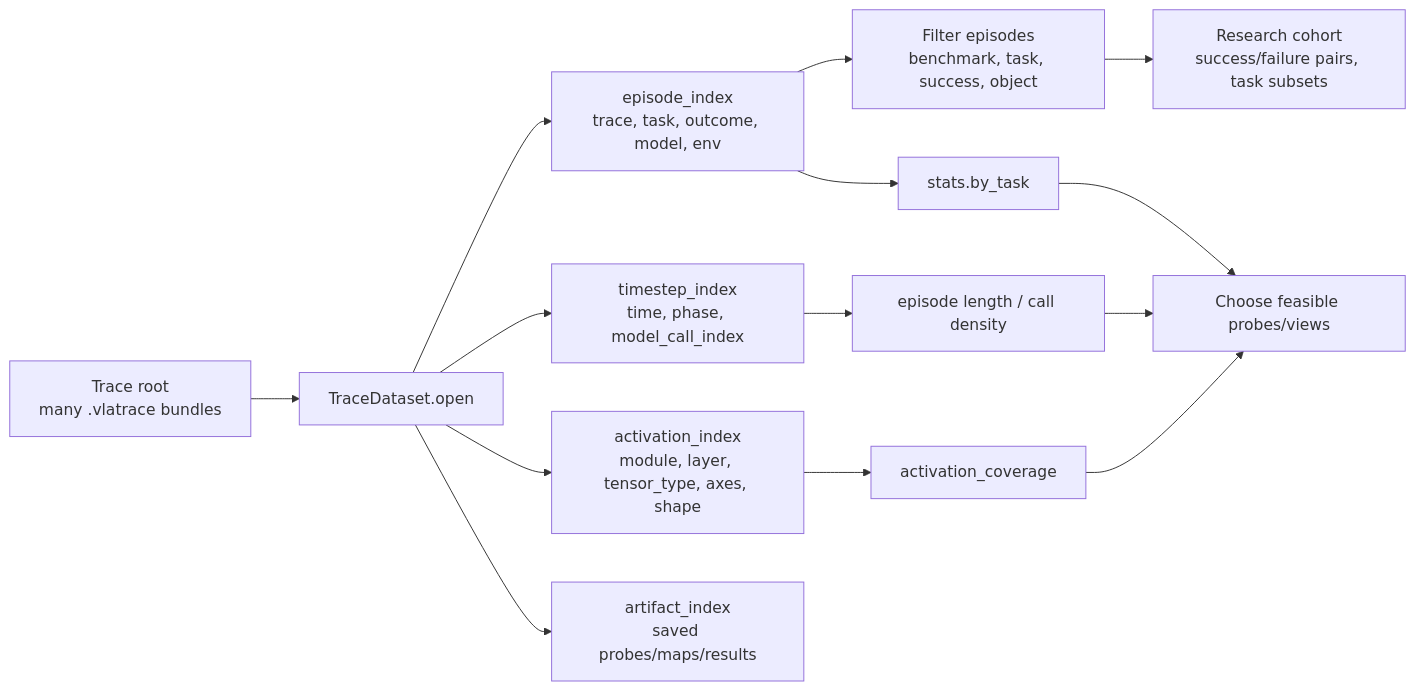
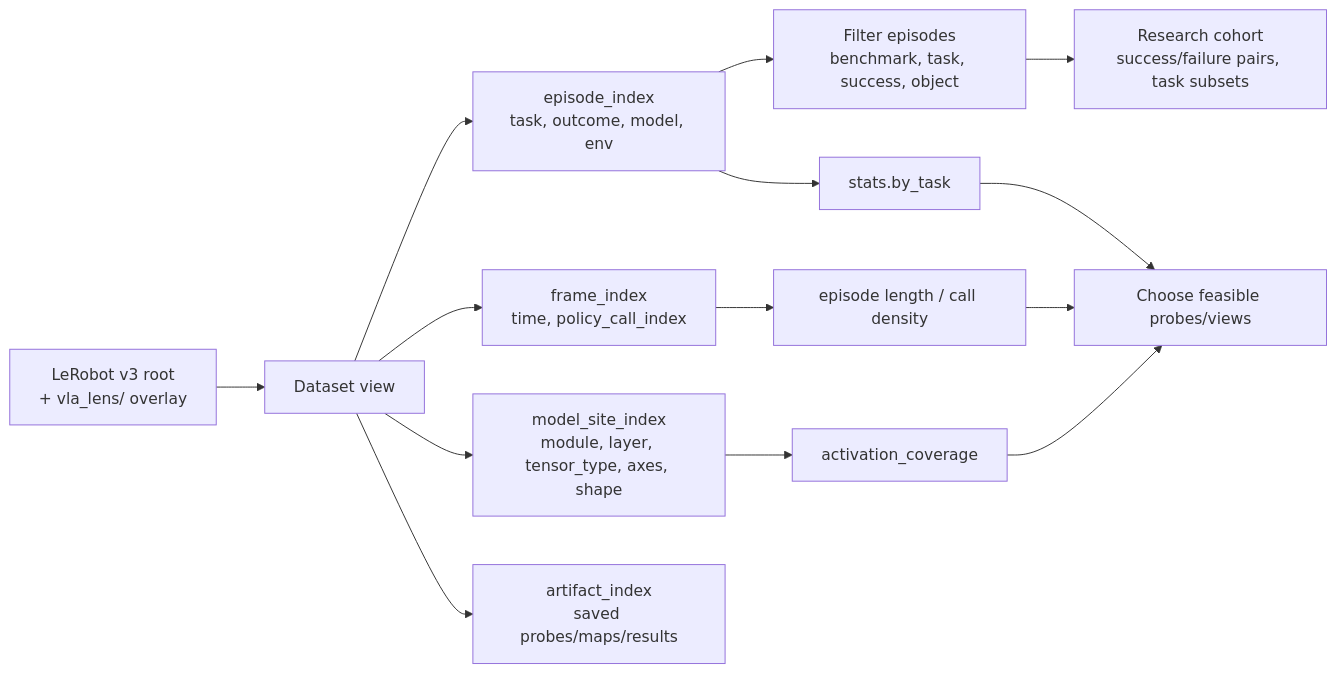
Before and after one commit to thajpo/vla-lens: the third of 7 diagrams in docs/vla-lens-architecture-workflows.md, drawn with Mermaid. The commit also changed other lines of this file and 9 other files, not shown here.

Commit message:
Add LeRobot v3 dataset contract

````diff
--- a/docs/vla-lens-architecture-workflows.md
+++ b/docs/vla-lens-architecture-workflows.md
@@ -98,18 +106,18 @@
 ```mermaid
 flowchart LR
-    Root["Trace root\nmany .vlatrace bundles"] --> Open["TraceDataset.open"]
-    Open --> EpisodeIndex["episode_index\ntrace, task, outcome, model, env"]
-    Open --> TimestepIndex["timestep_index\ntime, phase, model_call_index"]
-    Open --> ActivationIndex["activation_index\nmodule, layer, tensor_type, axes, shape"]
+    Root["LeRobot v3 root\n+ vla_lens/ overlay"] --> Open["Dataset view"]
+    Open --> EpisodeIndex["episode_index\ntask, outcome, model, env"]
+    Open --> FrameIndex["frame_index\ntime, policy_call_index"]
+    Open --> ActivationIndex["model_site_index\nmodule, layer, tensor_type, axes, shape"]
     Open --> ArtifactIndex["artifact_index\nsaved probes/maps/results"]
 
     EpisodeIndex --> Filters["Filter episodes\nbenchmark, task, success, object"]
     ActivationIndex --> Coverage["activation_coverage"]
     EpisodeIndex --> TaskStats["stats.by_task"]
-    TimestepIndex --> TimelineStats["episode length / call density"]
+    FrameIndex --> TimelineStats["episode length / call density"]
 
     Filters --> Cohort["Research cohort\nsuccess/failure pairs, task subsets"]
     Coverage --> Plan["Choose feasible probes/views"]
     TaskStats --> Plan
     TimelineStats --> Plan
 ```
````
